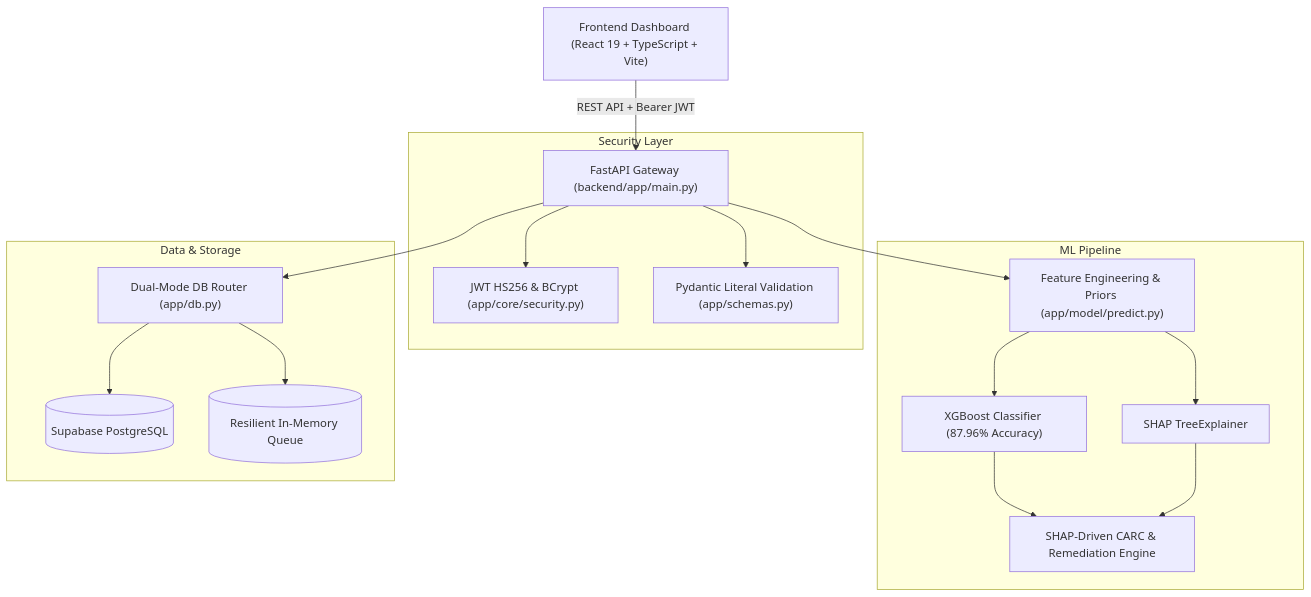
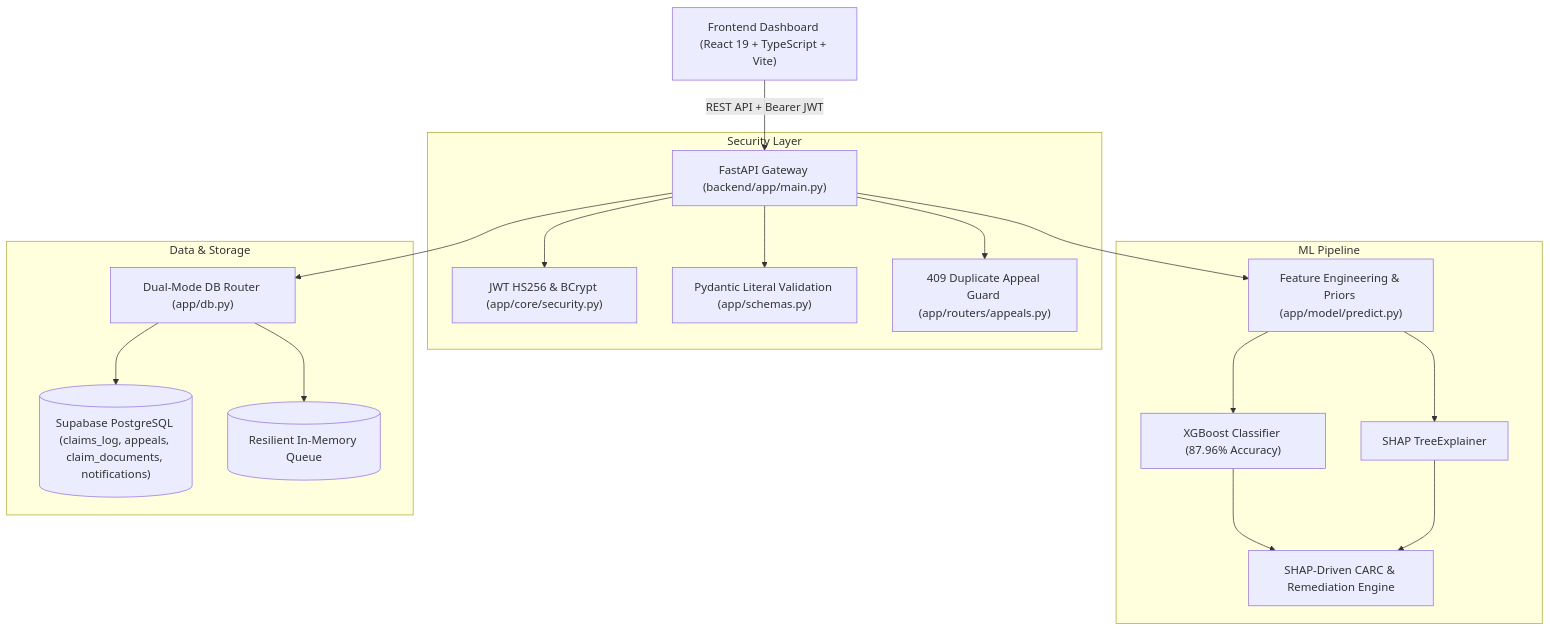
Before and after one commit to NARENDRAN-2007/CVK: the diagram in README.md, drawn with Mermaid. The commit also changed other lines of this file and 10 other files, not shown here.

````diff
--- a/README.md
+++ b/README.md
@@ -22,23 +24,24 @@
 ```mermaid
 graph TD
     UI["Frontend Dashboard (React 19 + TypeScript + Vite)"] -->|REST API + Bearer JWT| API["FastAPI Gateway (backend/app/main.py)"]
     
     subgraph Security Layer
         API --> Auth["JWT HS256 & BCrypt (app/core/security.py)"]
         API --> Validation["Pydantic Literal Validation (app/schemas.py)"]
+        API --> AppealGuard["409 Duplicate Appeal Guard (app/routers/appeals.py)"]
     end
 
     subgraph ML Pipeline
         API --> FeatureEng["Feature Engineering & Priors (app/model/predict.py)"]
         FeatureEng --> XGBoost["XGBoost Classifier (87.96% Accuracy)"]
         FeatureEng --> SHAP["SHAP TreeExplainer"]
         XGBoost --> CARCEngine["SHAP-Driven CARC & Remediation Engine"]
         SHAP --> CARCEngine
     end
 
     subgraph Data & Storage
         API --> DBRouter["Dual-Mode DB Router (app/db.py)"]
-        DBRouter --> Supabase[("Supabase PostgreSQL")]
+        DBRouter --> Supabase[("Supabase PostgreSQL (claims_log, appeals, claim_documents, notifications)")]
         DBRouter --> MemoryQueue[("Resilient In-Memory Queue")]
     end
 ```
````
